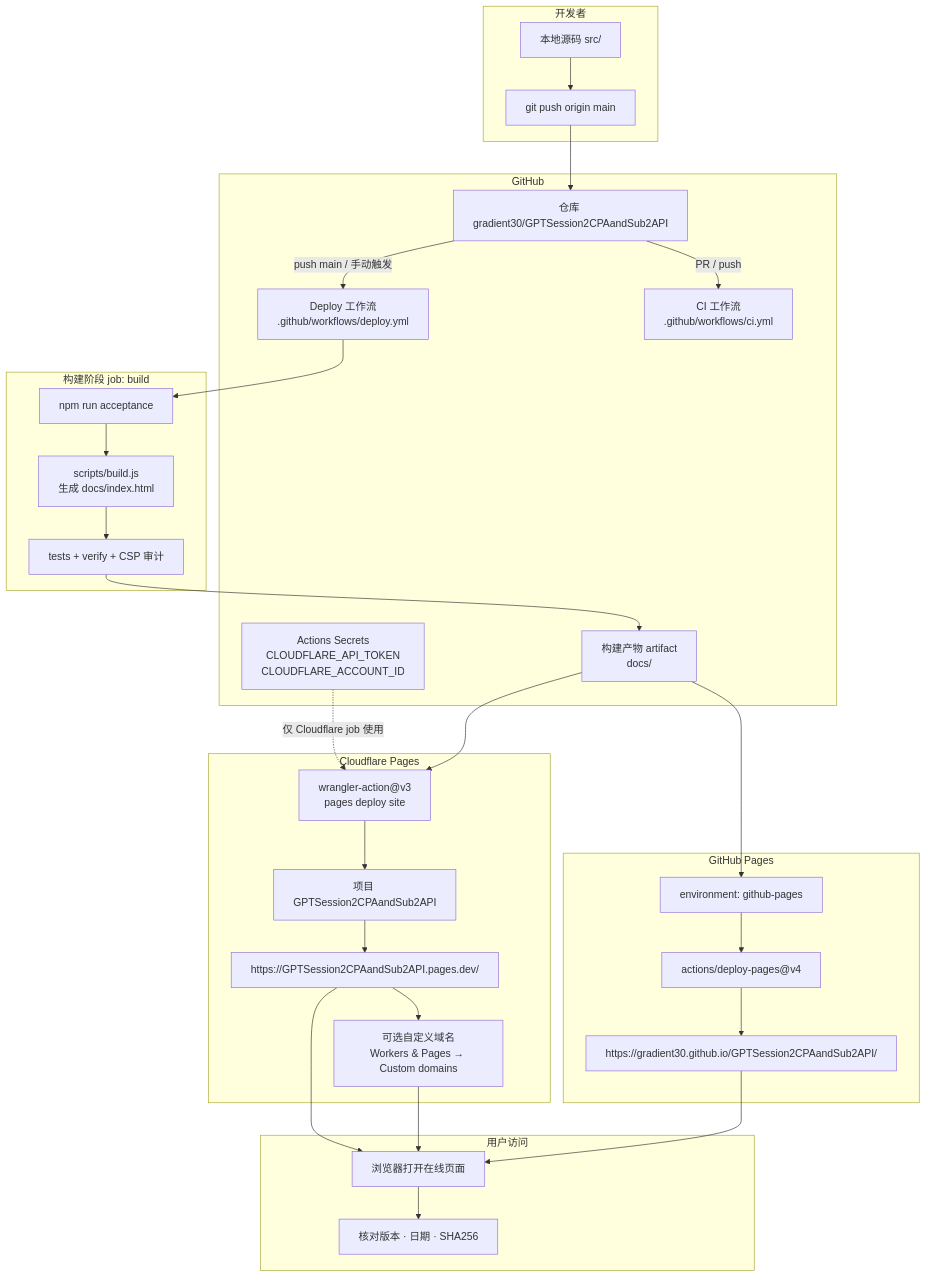
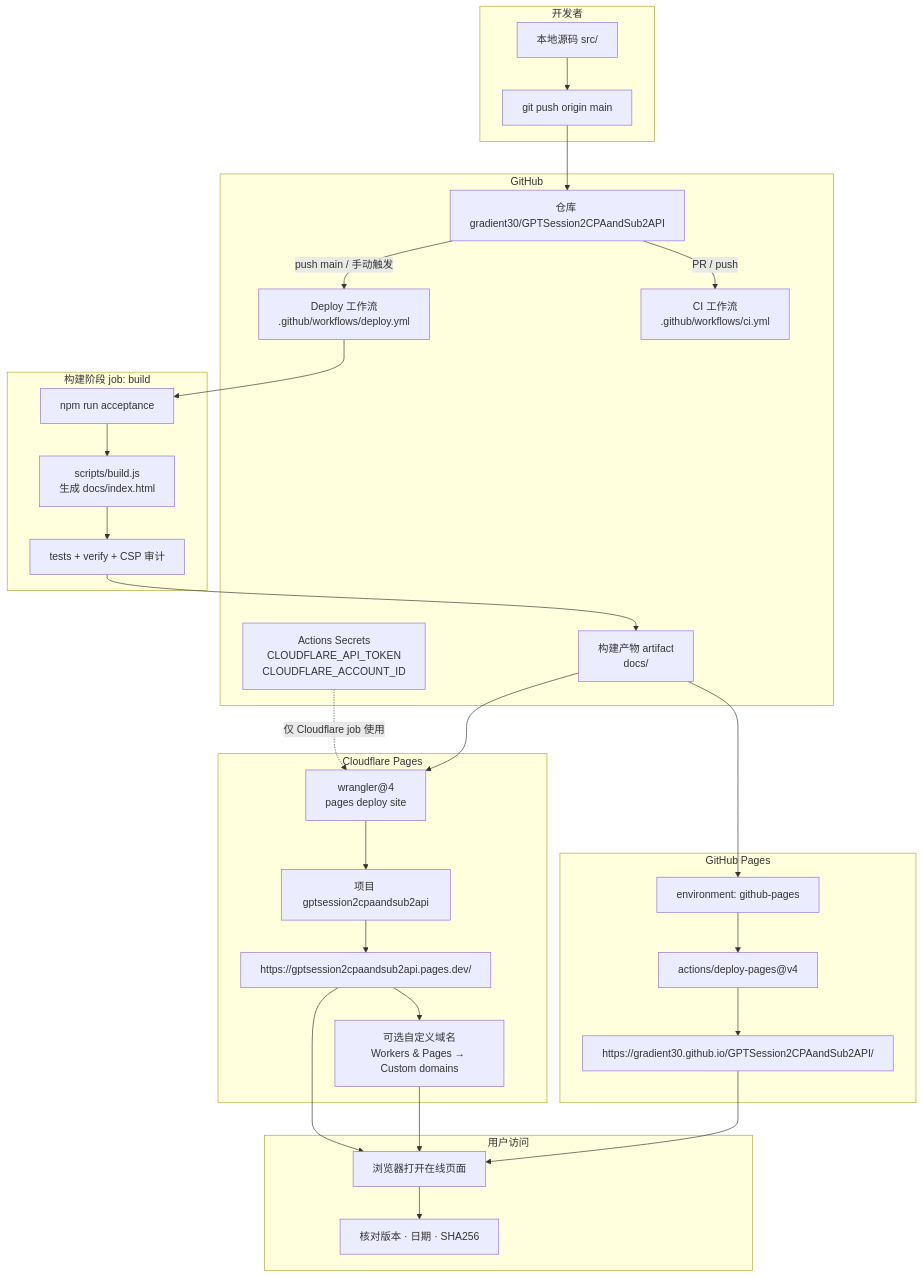
Before and after one commit to gradient30/GPTSession2CPAandSub2API: the diagram in docs/DEPLOY.md, drawn with Mermaid. The commit also changed other lines of this file and 2 other files, not shown here.

First line of the commit message:
fix(ci): 对齐 CF 官方标准并修复 Pages 项目名

````diff
--- a/docs/DEPLOY.md
+++ b/docs/DEPLOY.md
@@ -16,56 +16,56 @@
 ```mermaid
 flowchart TB
   subgraph dev [开发者]
     LOCAL["本地源码 src/"]
     PUSH["git push origin main"]
   end
 
   subgraph github [GitHub]
     REPO["仓库 gradient30/GPTSession2CPAandSub2API"]
     CI["CI 工作流<br/>.github/workflows/ci.yml"]
     DEPLOY["Deploy 工作流<br/>.github/workflows/deploy.yml"]
     SECRETS["Actions Secrets<br/>CLOUDFLARE_API_TOKEN<br/>CLOUDFLARE_ACCOUNT_ID"]
     ARTIFACT["构建产物 artifact<br/>docs/"]
   end
 
   subgraph build [构建阶段 job: build]
     ACCEPT["npm run acceptance"]
     BUILD["scripts/build.js<br/>生成 docs/index.html"]
     TEST["tests + verify + CSP 审计"]
   end
 
   subgraph gh_pages [GitHub Pages]
     GHP_ENV["environment: github-pages"]
     GHP_DEPLOY["actions/deploy-pages@v4"]
     GHP_URL["https://gradient30.github.io/GPTSession2CPAandSub2API/"]
   end
 
   subgraph cloudflare [Cloudflare Pages]
-    WRANGLER["wrangler-action@v3<br/>pages deploy site"]
-    CF_PROJECT["项目 GPTSession2CPAandSub2API"]
-    CF_URL["https://GPTSession2CPAandSub2API.pages.dev/"]
+    WRANGLER["wrangler@4<br/>pages deploy site"]
+    CF_PROJECT["项目 gptsession2cpaandsub2api"]
+    CF_URL["https://gptsession2cpaandsub2api.pages.dev/"]
     CF_CUSTOM["可选自定义域名<br/>Workers & Pages → Custom domains"]
   end
 
   subgraph user [用户访问]
     BROWSER["浏览器打开在线页面"]
     VERIFY["核对版本 · 日期 · SHA256"]
   end
 
   LOCAL --> PUSH
   PUSH --> REPO
   REPO -->|PR / push| CI
   REPO -->|push main / 手动触发| DEPLOY
   SECRETS -.->|仅 Cloudflare job 使用| WRANGLER
 
   DEPLOY --> ACCEPT
   ACCEPT --> BUILD --> TEST --> ARTIFACT
 
   ARTIFACT --> GHP_ENV --> GHP_DEPLOY --> GHP_URL
   ARTIFACT --> WRANGLER --> CF_PROJECT --> CF_URL --> CF_CUSTOM
 
   GHP_URL --> BROWSER
   CF_URL --> BROWSER
   CF_CUSTOM --> BROWSER
   BROWSER --> VERIFY
 ```
````
